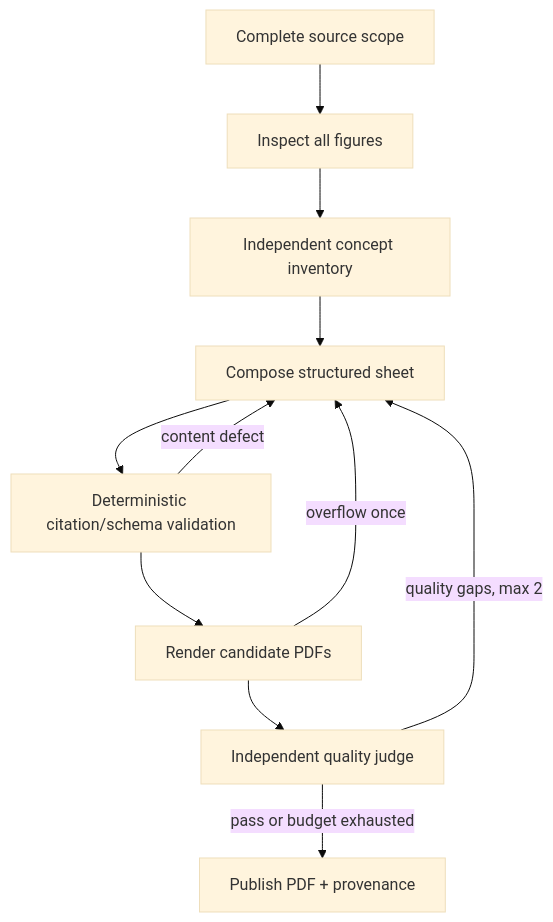
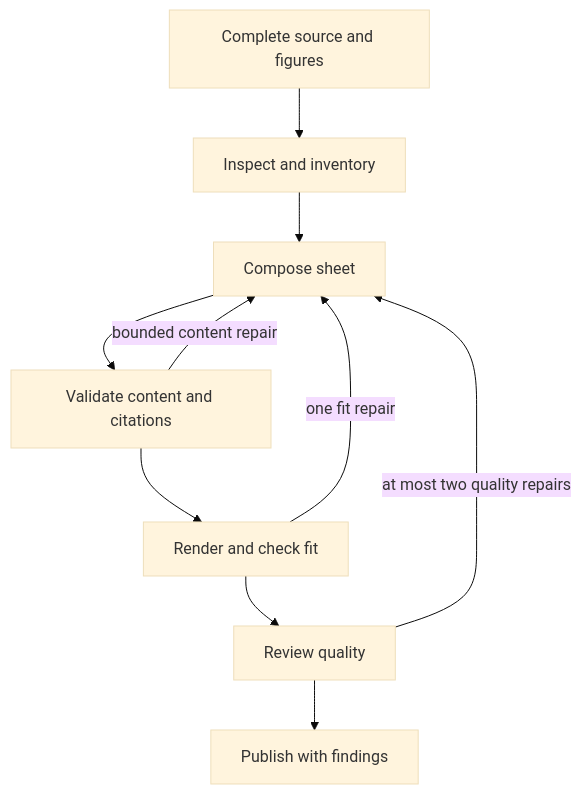
Before and after one commit to rabhishek100/agentic_study_partner: diagram 11 of 15 in docs/flows.md, drawn with Mermaid (base theme). The commit also changed other lines of this file and 9 other files, not shown here.

Commit message:
Consolidate concise feature and architecture documentation

````diff
--- a/docs/flows.md
+++ b/docs/flows.md
@@ -142,13 +230,12 @@
 ```mermaid
 flowchart TD
-    S[Complete source scope] --> I[Inspect all figures]
-    I --> N[Independent concept inventory]
-    N --> C[Compose structured sheet]
-    C --> V[Deterministic citation/schema validation]
-    V --> R[Render candidate PDFs]
-    R --> J[Independent quality judge]
-    V -->|content defect| C
-    R -->|overflow once| C
-    J -->|quality gaps, max 2| C
-    J -->|pass or budget exhausted| P[Publish PDF + provenance]
+    S[Complete source and figures] --> I[Inspect and inventory]
+    I --> C[Compose sheet]
+    C --> V[Validate content and citations]
+    V -->|bounded content repair| C
+    V --> R[Render and check fit]
+    R -->|one fit repair| C
+    R --> J[Review quality]
+    J -->|at most two quality repairs| C
+    J --> P[Publish with findings]
 ```
````
